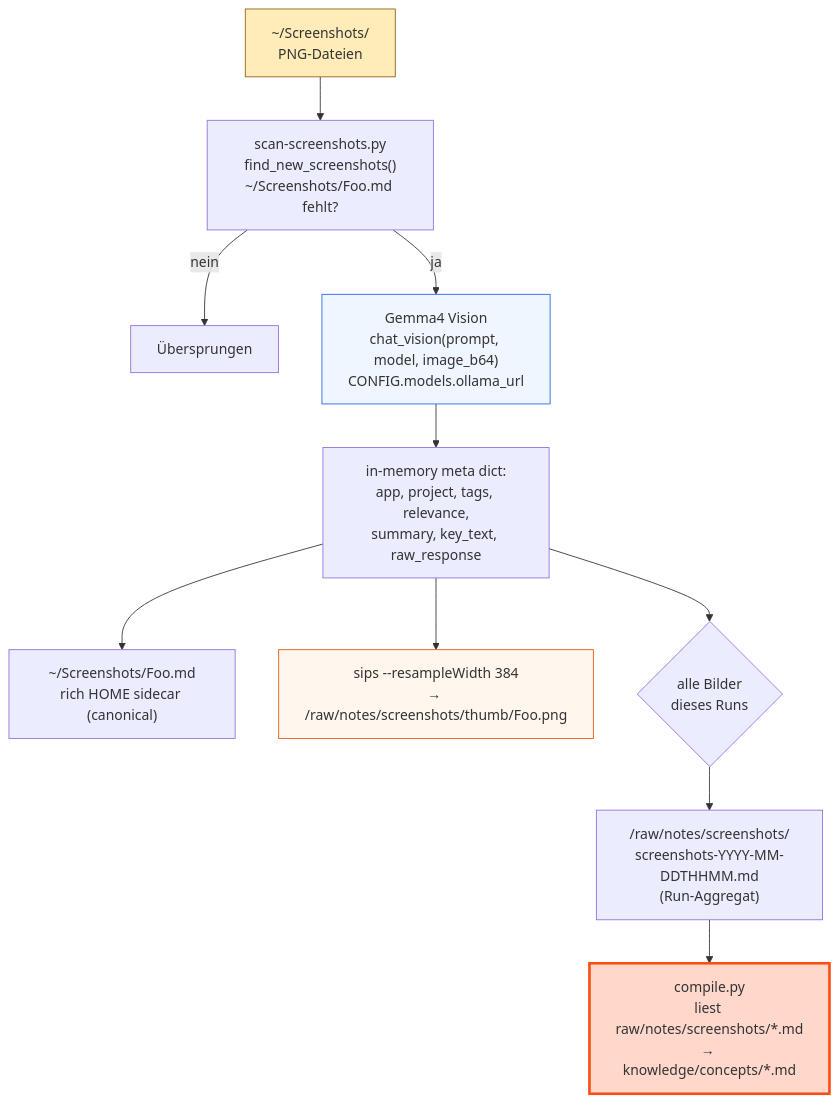
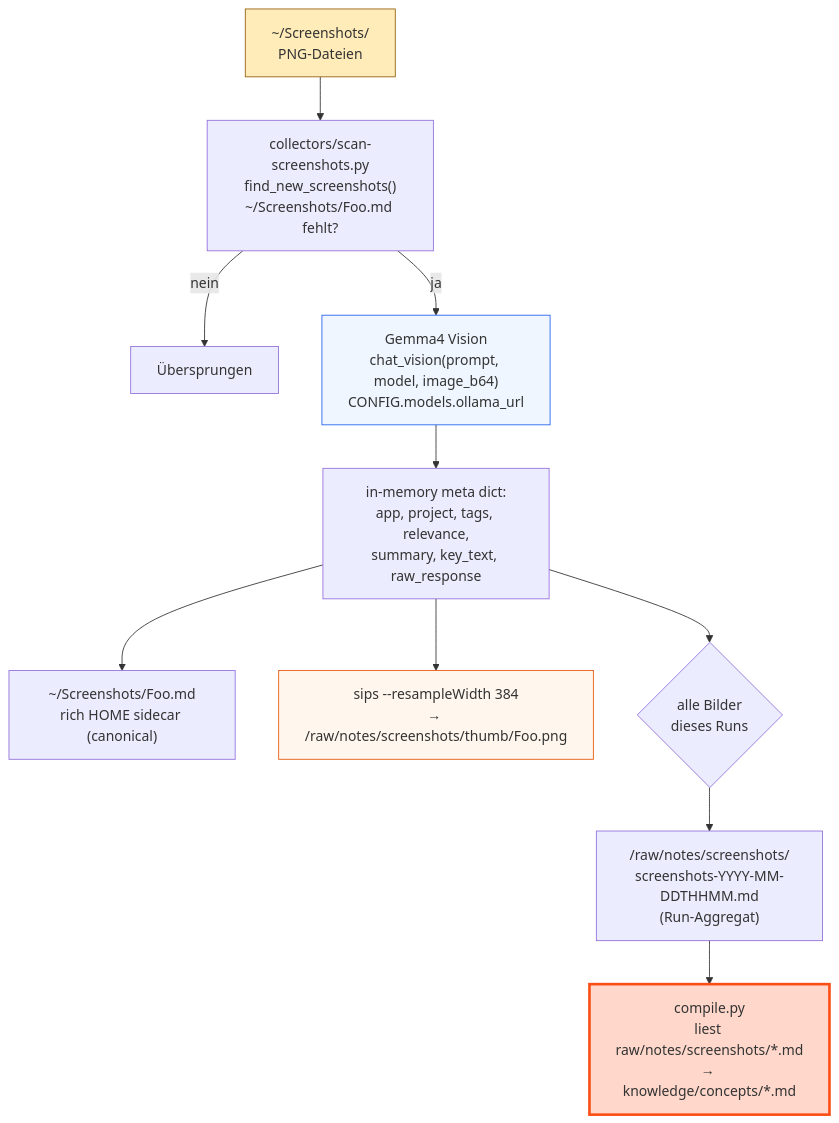
Before and after one commit to lx-0/llm-wiki: the ninth of 11 diagrams in docs/PROCESS.md, drawn with Mermaid. The commit also changed other lines of this file and 1 other file, not shown here.

````diff
--- a/docs/PROCESS.md
+++ b/docs/PROCESS.md
@@ -746,18 +745,18 @@
 ```mermaid
 flowchart TD
     DIR["~/Screenshots/\nPNG-Dateien"]
-    DIR --> SCAN["scan-screenshots.py\nfind_new_screenshots()\n~/Screenshots/Foo.md fehlt?"]
+    DIR --> SCAN["collectors/scan-screenshots.py\nfind_new_screenshots()\n~/Screenshots/Foo.md fehlt?"]
     SCAN -->|nein| SKIP["Übersprungen"]
     SCAN -->|ja| VISION["Gemma4 Vision\nchat_vision(prompt, model, image_b64)\nCONFIG.models.ollama_url"]
     VISION --> META["in-memory meta dict:\napp, project, tags, relevance,\nsummary, key_text, raw_response"]
     META --> SIDECAR["~/Screenshots/Foo.md\nrich HOME sidecar (canonical)"]
     META --> THUMB["sips --resampleWidth 384\n→ <vault>/raw/notes/screenshots/thumb/Foo.png"]
     META --> AGG{"alle Bilder\ndieses Runs"}
     AGG --> REPORT["<vault>/raw/notes/screenshots/\nscreenshots-YYYY-MM-DDTHHMM.md\n(Run-Aggregat)"]
     REPORT --> COMPILE["compile.py\nliest raw/notes/screenshots/*.md\n→ knowledge/concepts/*.md"]
 
     style DIR fill:#FFECB9,stroke:#92610F
     style VISION fill:#EFF6FF,stroke:#2563EB
     style THUMB fill:#FFF7ED,stroke:#EA580C
     style COMPILE fill:#FFD8CB,stroke:#FC4E14,stroke-width:3px
 ```
````
